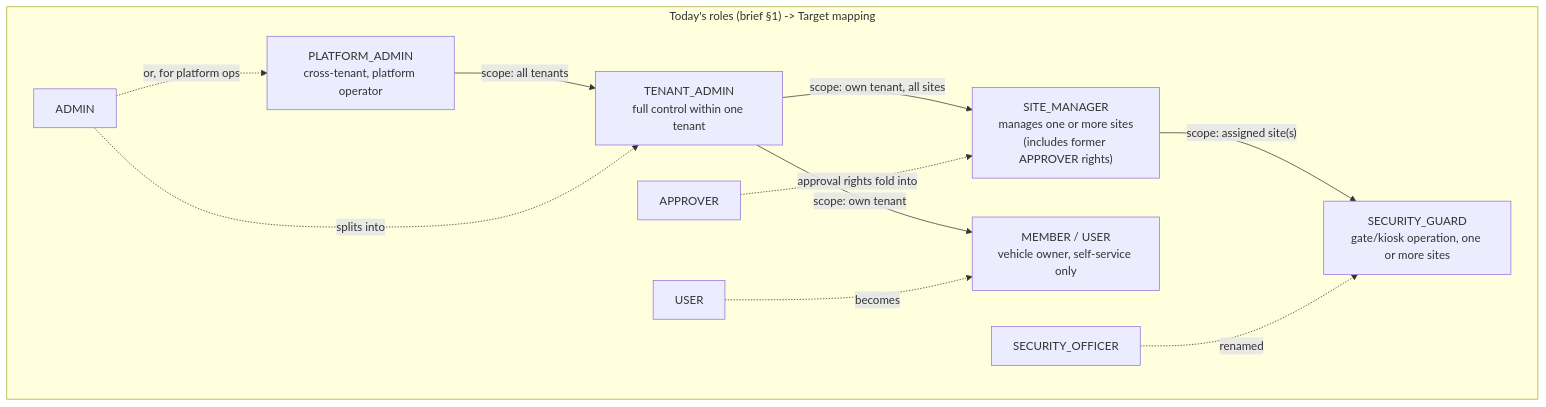
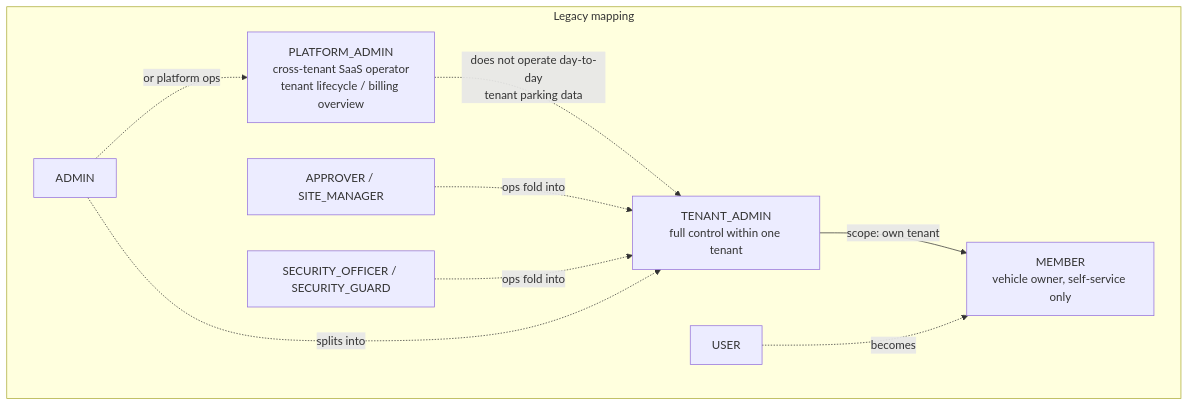
Before and after one commit to dainn-dev/next-manage-user: the diagram in docs/06_User_RBAC/diagrams/role-hierarchy.mmd, drawn with Mermaid. The commit also changed 151 other files, not shown here.

First line of the commit message:
feat: add end-to-end testing scripts and images for user and site management

```diff
--- a/docs/06_User_RBAC/diagrams/role-hierarchy.mmd
+++ b/docs/06_User_RBAC/diagrams/role-hierarchy.mmd
@@ -1,19 +1,15 @@
 flowchart TD
-    PLATFORM_ADMIN["PLATFORM_ADMIN<br/>cross-tenant, platform operator"]
+    PLATFORM_ADMIN["PLATFORM_ADMIN<br/>cross-tenant SaaS operator<br/>tenant lifecycle / billing overview"]
     TENANT_ADMIN["TENANT_ADMIN<br/>full control within one tenant"]
-    SITE_MANAGER["SITE_MANAGER<br/>manages one or more sites<br/>(includes former APPROVER rights)"]
-    SECURITY_GUARD["SECURITY_GUARD<br/>gate/kiosk operation, one or more sites"]
-    MEMBER["MEMBER / USER<br/>vehicle owner, self-service only"]
+    MEMBER["MEMBER<br/>vehicle owner, self-service only"]
 
-    PLATFORM_ADMIN -->|"scope: all tenants"| TENANT_ADMIN
-    TENANT_ADMIN -->|"scope: own tenant, all sites"| SITE_MANAGER
-    SITE_MANAGER -->|"scope: assigned site(s)"| SECURITY_GUARD
+    PLATFORM_ADMIN -.->|"does not operate day-to-day<br/>tenant parking data"| TENANT_ADMIN
     TENANT_ADMIN -->|"scope: own tenant"| MEMBER
 
-    subgraph Legacy["Today's roles (brief §1) -> Target mapping"]
+    subgraph Legacy["Legacy mapping"]
         USER["USER"] -.->|"becomes"| MEMBER
-        APPROVER["APPROVER"] -.->|"approval rights fold into"| SITE_MANAGER
-        SECURITY_OFFICER["SECURITY_OFFICER"] -.->|"renamed"| SECURITY_GUARD
+        APPROVER["APPROVER / SITE_MANAGER"] -.->|"ops fold into"| TENANT_ADMIN
+        SECURITY_OFFICER["SECURITY_OFFICER / SECURITY_GUARD"] -.->|"ops fold into"| TENANT_ADMIN
         ADMIN["ADMIN"] -.->|"splits into"| TENANT_ADMIN
-        ADMIN -.->|"or, for platform ops"| PLATFORM_ADMIN
+        ADMIN -.->|"or platform ops"| PLATFORM_ADMIN
     end
```
